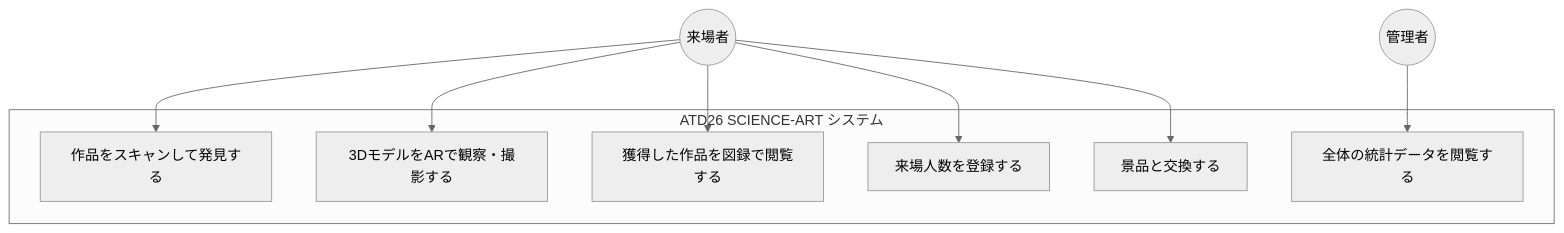
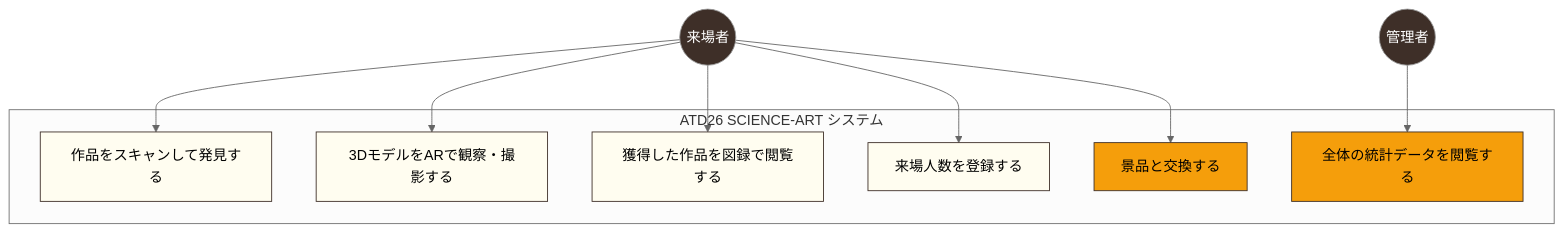
Before and after one commit to yuma25/ATD26: the first of 2 diagrams in docs/API.md, drawn with Mermaid (neutral theme). The commit also changed other lines of this file and 42 other files, not shown here.

````diff
--- a/docs/API.md
+++ b/docs/API.md
@@ -15,22 +15,32 @@
 ```mermaid
 graph TD
     %% アクター
     Visitor((来場者))
     Admin((管理者))
 
     subgraph "ATD26 SCIENCE-ART システム"
         UC1[作品をスキャンして発見する]
         UC2[3DモデルをARで観察・撮影する]
         UC3[獲得した作品を図録で閲覧する]
         UC4[来場人数を登録する]
         UC5[景品と交換する]
         UC6[全体の統計データを閲覧する]
     end
 
     Visitor --> UC1
     Visitor --> UC2
     Visitor --> UC3
     Visitor --> UC4
     Visitor --> UC5
     Admin --> UC6
+
+    %% スタイル定義
+    style Visitor fill:#3e2f28,color:#fff
+    style Admin fill:#3e2f28,color:#fff
+    style UC1 fill:#fffdf0,stroke:#3e2f28
+    style UC2 fill:#fffdf0,stroke:#3e2f28
+    style UC3 fill:#fffdf0,stroke:#3e2f28
+    style UC4 fill:#fffdf0,stroke:#3e2f28
+    style UC5 fill:#f59e0b,stroke:#3e2f28,color:#000
+    style UC6 fill:#f59e0b,stroke:#3e2f28,color:#000
 ```
````
